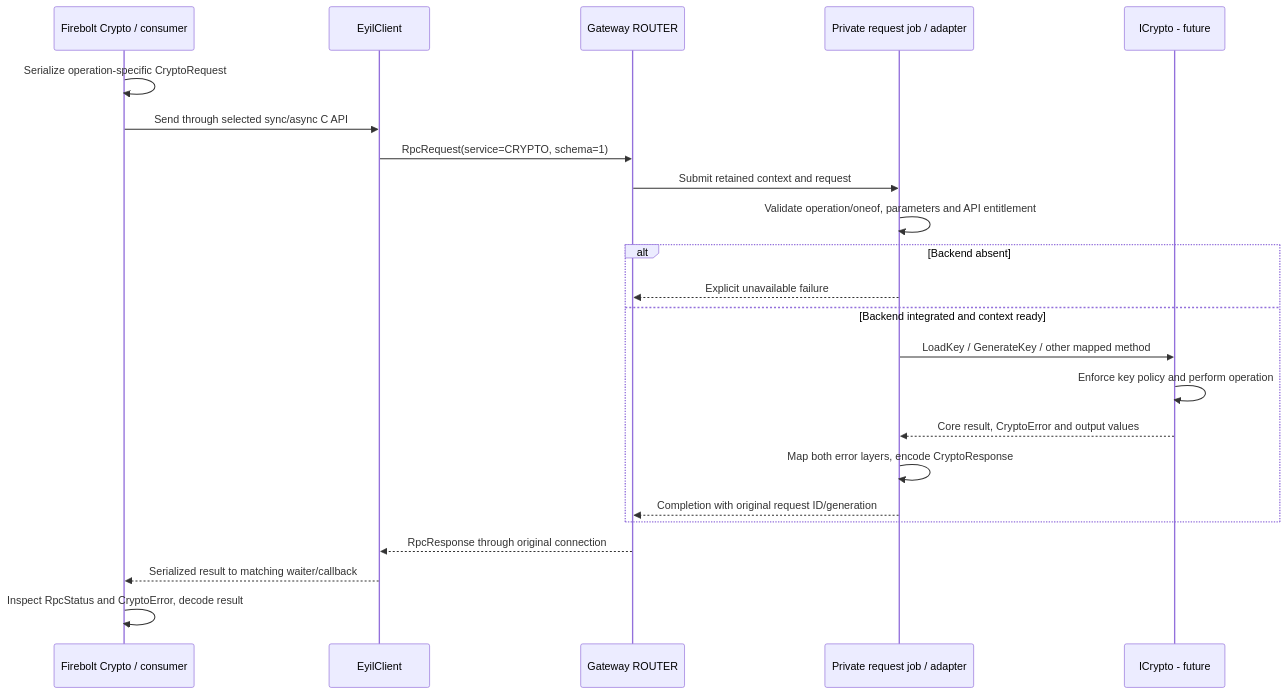
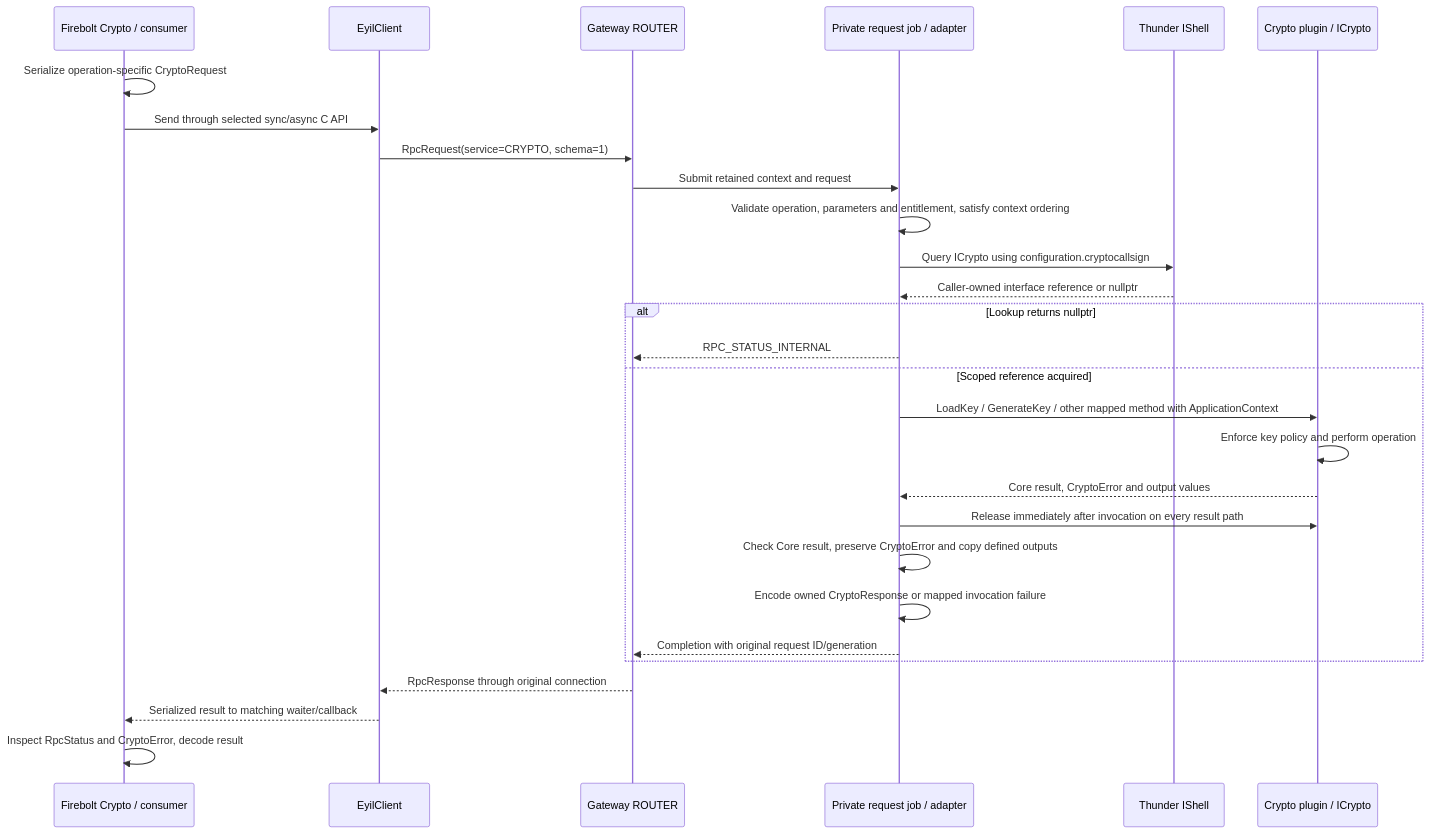
Before and after one commit to rdkcentral/eyil-secure-gateway: diagram 20 of 30 in doc/EyilSecureGateway.md, drawn with Mermaid. The commit also changed other lines of this file, not shown here.

````diff
--- a/doc/EyilSecureGateway.md
+++ b/doc/EyilSecureGateway.md
@@ -2496,25 +2588,30 @@
 ```mermaid
 sequenceDiagram
     participant F as Firebolt Crypto / consumer
     participant L as EyilClient
     participant R as Gateway ROUTER
     participant J as Private request job / adapter
-    participant C as ICrypto - future
+    participant T as Thunder IShell
+    participant C as Crypto plugin / ICrypto
     F->>F: Serialize operation-specific CryptoRequest
     F->>L: Send through selected sync/async C API
     L->>R: RpcRequest(service=CRYPTO, schema=1)
     R->>J: Submit retained context and request
-    J->>J: Validate operation/oneof, parameters and API entitlement
-    alt Backend absent
-        J-->>R: Explicit unavailable failure
-    else Backend integrated and context ready
-        J->>C: LoadKey / GenerateKey / other mapped method
+    J->>J: Validate operation, parameters and entitlement, satisfy context ordering
+    J->>T: Query ICrypto using configuration.cryptocallsign
+    T-->>J: Caller-owned interface reference or nullptr
+    alt Lookup returns nullptr
+        J-->>R: RPC_STATUS_INTERNAL
+    else Scoped reference acquired
+        J->>C: LoadKey / GenerateKey / other mapped method with ApplicationContext
         C->>C: Enforce key policy and perform operation
         C-->>J: Core result, CryptoError and output values
-        J->>J: Map both error layers, encode CryptoResponse
+        J->>C: Release immediately after invocation on every result path
+        J->>J: Check Core result, preserve CryptoError and copy defined outputs
+        J->>J: Encode owned CryptoResponse or mapped invocation failure
         J-->>R: Completion with original request ID/generation
     end
     R-->>L: RpcResponse through original connection
     L-->>F: Serialized result to matching waiter/callback
     F->>F: Inspect RpcStatus and CryptoError, decode result
 ```
````
